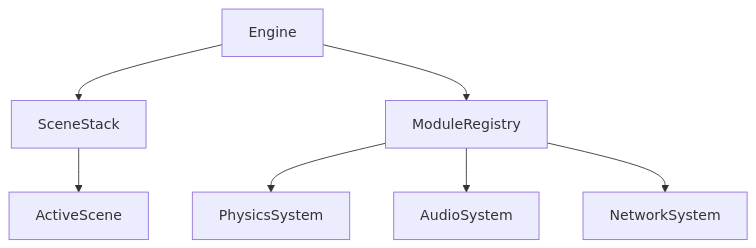
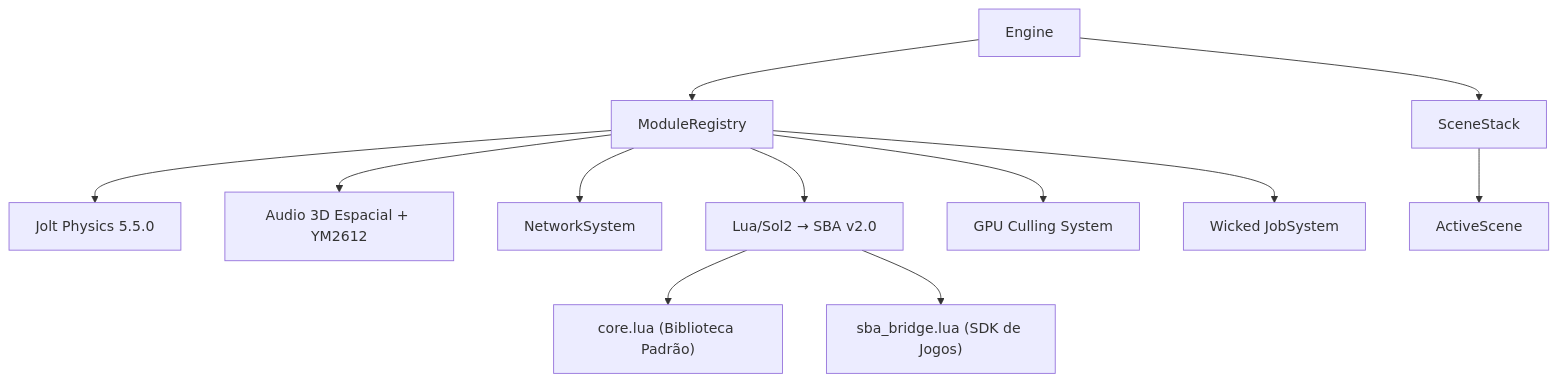
Before and after one commit to DragonBlackOne/Starlight-Engine-1.0: the first of 2 diagrams in StarlightEngine/docs/ARCHITECTURE.pt-br.md, drawn with Mermaid. The commit also changed other lines of this file and 349 other files, not shown here.

````diff
--- a/StarlightEngine/docs/ARCHITECTURE.pt-br.md
+++ b/StarlightEngine/docs/ARCHITECTURE.pt-br.md
@@ -12,9 +13,14 @@
 ```mermaid
 graph TD
     Engine --> SceneStack
     Engine --> ModuleRegistry
-    ModuleRegistry --> PhysicsSystem
-    ModuleRegistry --> AudioSystem
+    ModuleRegistry --> PhysicsSystem["Jolt Physics 5.5.0"]
+    ModuleRegistry --> AudioSystem["Audio 3D Espacial + YM2612"]
     ModuleRegistry --> NetworkSystem
+    ModuleRegistry --> ScriptSystem["Lua/Sol2 → SBA v2.0"]
+    ModuleRegistry --> GPUCulling["GPU Culling System"]
+    ModuleRegistry --> JobSystem["Wicked JobSystem"]
     SceneStack --> ActiveScene
+    ScriptSystem --> CoreLua["core.lua (Biblioteca Padrão)"]
+    ScriptSystem --> SBABridge["sba_bridge.lua (SDK de Jogos)"]
 ```
````
